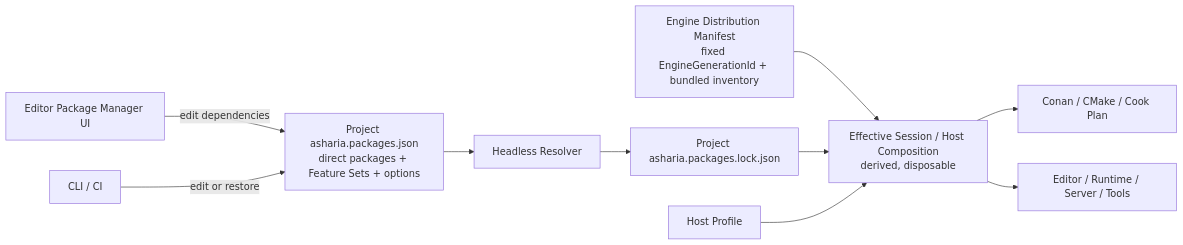
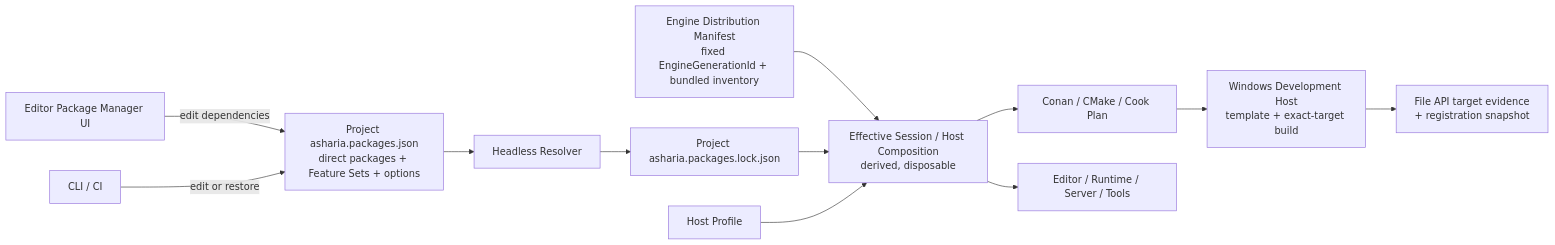
The diagram in docs/architecture/package-first.md (66six11/Engine), drawn with Mermaid before and after one commit. The commit also changed other lines of this file and 40 other files, not shown here.

Commit message:
feat: generate Windows development hosts

````diff
--- a/docs/architecture/package-first.md
+++ b/docs/architecture/package-first.md
@@ -232,23 +234,26 @@
 ```mermaid
 flowchart LR
     Editor["Editor Package Manager UI"]
     CLI["CLI / CI"]
     Distribution["Engine Distribution Manifest<br/>fixed EngineGenerationId + bundled inventory"]
     Manifest["Project asharia.packages.json<br/>direct packages + Feature Sets + options"]
     Resolver["Headless Resolver"]
     Lock["Project asharia.packages.lock.json"]
     Profile["Host Profile"]
     Composition["Effective Session / Host Composition<br/>derived, disposable"]
     Build["Conan / CMake / Cook Plan"]
+    HostBuild["Windows Development Host<br/>template + exact-target build"]
+    Evidence["File API target evidence<br/>+ registration snapshot"]
     Hosts["Editor / Runtime / Server / Tools"]
 
     Editor -->|"edit dependencies"| Manifest
     CLI -->|"edit or restore"| Manifest
     Manifest --> Resolver
     Resolver --> Lock
     Distribution --> Composition
     Lock --> Composition
     Profile --> Composition
     Composition --> Build
+    Build --> HostBuild --> Evidence
     Composition --> Hosts
 ```
````
